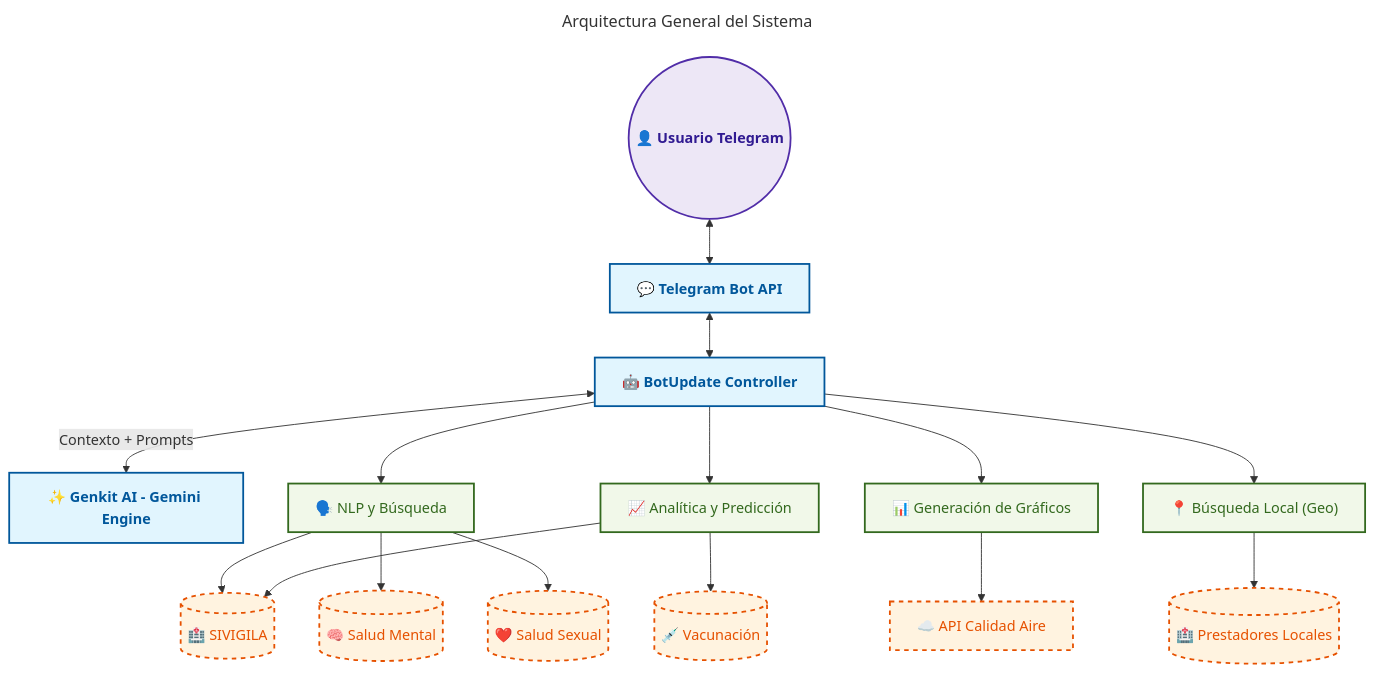
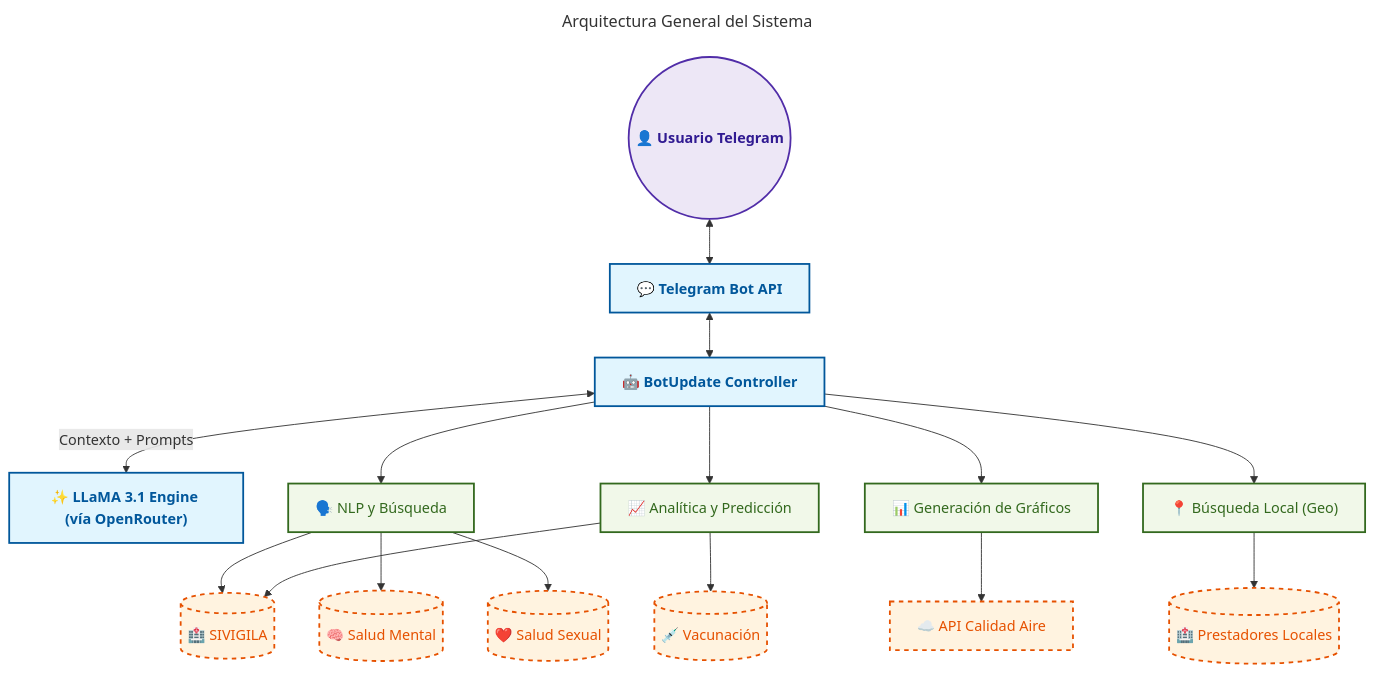
Before and after one commit to RubenDarioGuerreroNeira/Ecosistema-IA-Colombia: the second of 2 diagrams in README.md, drawn with Mermaid. The commit also changed other lines of this file, not shown here.

Commit message:
docs: Actualizar README para reflejar el uso de OpenRouter y LLaMA en vez de Genkit y Gemini

````diff
--- a/README.md
+++ b/README.md
@@ -89,29 +88,29 @@
 ```mermaid
 ---
 title: Arquitectura General del Sistema
 ---
 flowchart TD
     classDef core fill:#e1f5fe,stroke:#01579b,stroke-width:2px,color:#01579b,font-weight:bold
     classDef logic fill:#f1f8e9,stroke:#33691e,stroke-width:2px,color:#33691e
     classDef data fill:#fff3e0,stroke:#e65100,stroke-width:2px,color:#e65100,stroke-dasharray: 5 5
     classDef user fill:#ede7f6,stroke:#512da8,stroke-width:2px,color:#311b92,font-weight:bold
 
     User(("👤 Usuario Telegram")):::user <--> Telegram["💬 Telegram Bot API"]:::core
     Telegram <--> Bot["🤖 BotUpdate Controller"]:::core
-    Bot <-->|Contexto + Prompts| AI["✨ Genkit AI - Gemini Engine"]:::core
+    Bot <-->|Contexto + Prompts| AI["✨ LLaMA 3.1 Engine (vía OpenRouter)"]:::core
 
     Bot --> NLP["🗣️ NLP y Búsqueda"]:::logic
     Bot --> Stats["📈 Analítica y Predicción"]:::logic
     Bot --> Charts["📊 Generación de Gráficos"]:::logic
     Bot --> Geo["📍 Búsqueda Local (Geo)"]:::logic
 
     NLP --> SIVIGILA[("🏥 SIVIGILA")]:::data
     NLP --> Mental[("🧠 Salud Mental")]:::data
     NLP --> Sexual[("❤️ Salud Sexual")]:::data
     
     Stats --> SIVIGILA
     Stats --> PAI[("💉 Vacunación")]:::data
     
     Charts --> Air["☁️ API Calidad Aire"]:::data
     Geo --> Local[("🏥 Prestadores Locales")]:::data
 ```
````
